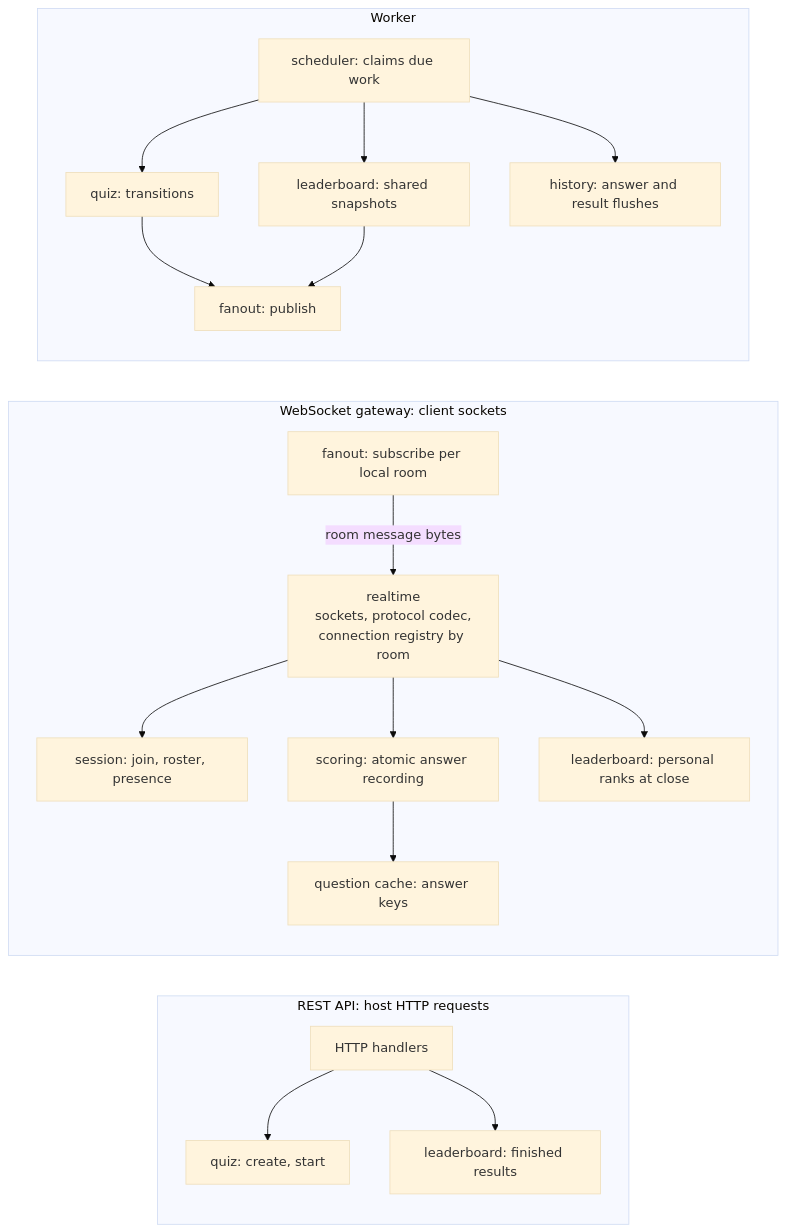
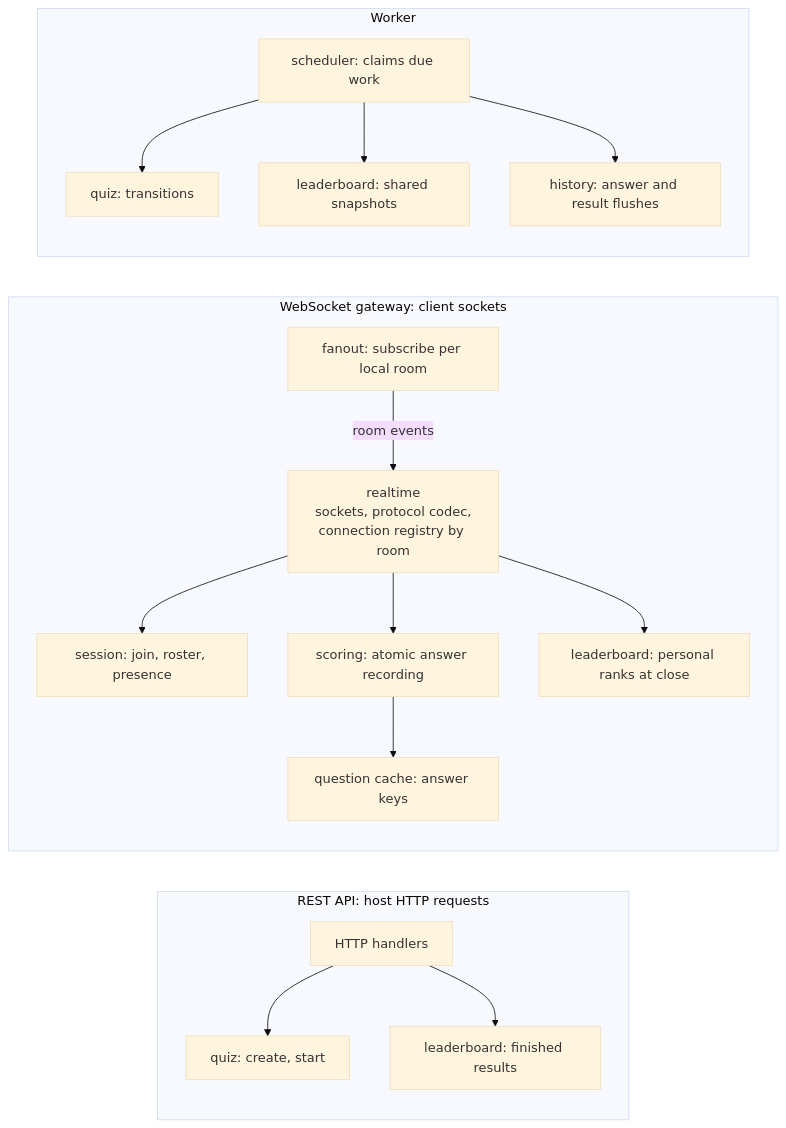
Before and after one commit to rizqyep/elsa-coding-challenge: the second of 2 diagrams in docs/system-design/architecture.md, drawn with Mermaid (base theme). The commit also changed other lines of this file and 6 other files, not shown here.

Commit message:
docs: add schema and ops for cache and persistent data in trd

````diff
--- a/docs/system-design/architecture.md
+++ b/docs/system-design/architecture.md
@@ -63,35 +63,33 @@
 ```mermaid
 flowchart LR
     subgraph apisvc["REST API: host HTTP requests"]
         direction TB
         A_HTTP["HTTP handlers"]
         A_QUIZ["quiz: create, start"]
         A_LB["leaderboard: finished results"]
         A_HTTP --> A_QUIZ & A_LB
     end
 
     subgraph wssvc["WebSocket gateway: client sockets"]
         direction TB
         G_RT["realtime<br/>sockets, protocol codec,<br/>connection registry by room"]
         G_SESS["session: join, roster, presence"]
         G_SCORE["scoring: atomic answer recording"]
         G_CACHE["question cache: answer keys"]
         G_RANK["leaderboard: personal ranks at close"]
         G_FAN["fanout: subscribe per local room"]
         G_RT --> G_SESS & G_SCORE & G_RANK
         G_SCORE --> G_CACHE
-        G_FAN -->|"room message bytes"| G_RT
+        G_FAN -->|"room events"| G_RT
     end
 
     subgraph wksvc["Worker"]
         direction TB
         W_SCHED["scheduler: claims due work"]
         W_QUIZ["quiz: transitions"]
         W_LB["leaderboard: shared snapshots"]
         W_HIST["history: answer and result flushes"]
-        W_FAN["fanout: publish"]
         W_SCHED --> W_QUIZ & W_LB & W_HIST
-        W_QUIZ & W_LB --> W_FAN
     end
 
 ```
````
